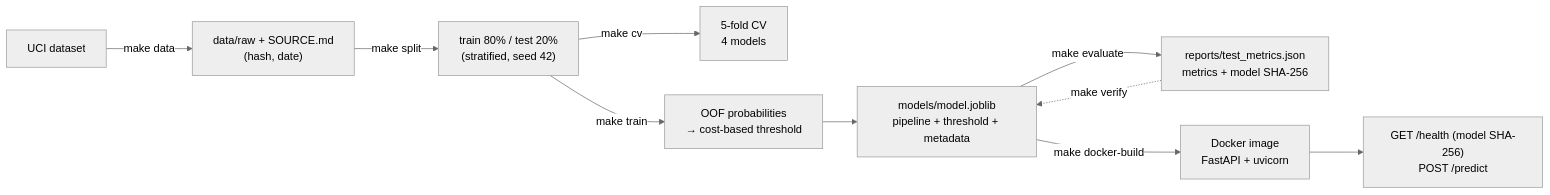
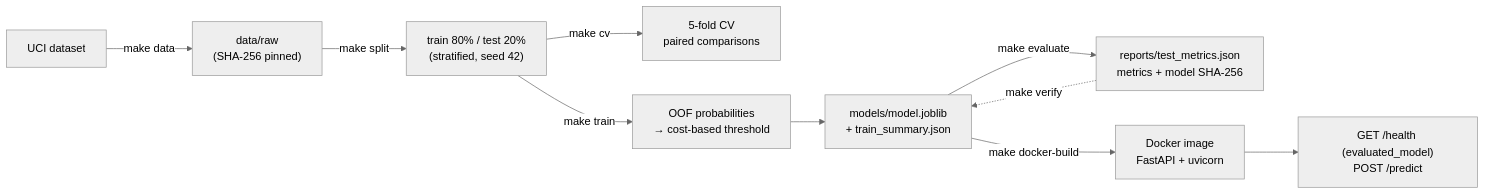
The diagram in README.md (vladzpop11/credit-default-risk), drawn with Mermaid (neutral theme) before and after one commit. The commit also changed other lines of this file and 2 other files, not shown here.

````diff
--- a/README.md
+++ b/README.md
@@ -82,12 +134,12 @@
 ```mermaid
 flowchart LR
-  A["UCI dataset"] -->|make data| B["data/raw + SOURCE.md<br/>(hash, date)"]
+  A["UCI dataset"] -->|make data| B["data/raw<br/>(SHA-256 pinned)"]
   B -->|make split| C["train 80% / test 20%<br/>(stratified, seed 42)"]
-  C -->|make cv| D["5-fold CV<br/>4 models"]
+  C -->|make cv| D["5-fold CV<br/>paired comparisons"]
   C -->|make train| E["OOF probabilities<br/>→ cost-based threshold"]
-  E --> F["models/model.joblib<br/>pipeline + threshold + metadata"]
+  E --> F["models/model.joblib<br/>+ train_summary.json"]
   F -->|make evaluate| G["reports/test_metrics.json<br/>metrics + model SHA-256"]
   F -->|make docker-build| H["Docker image<br/>FastAPI + uvicorn"]
-  H --> I["GET /health (model SHA-256)<br/>POST /predict"]
+  H --> I["GET /health (evaluated_model)<br/>POST /predict"]
   G -.->|make verify| F
 ```
````
